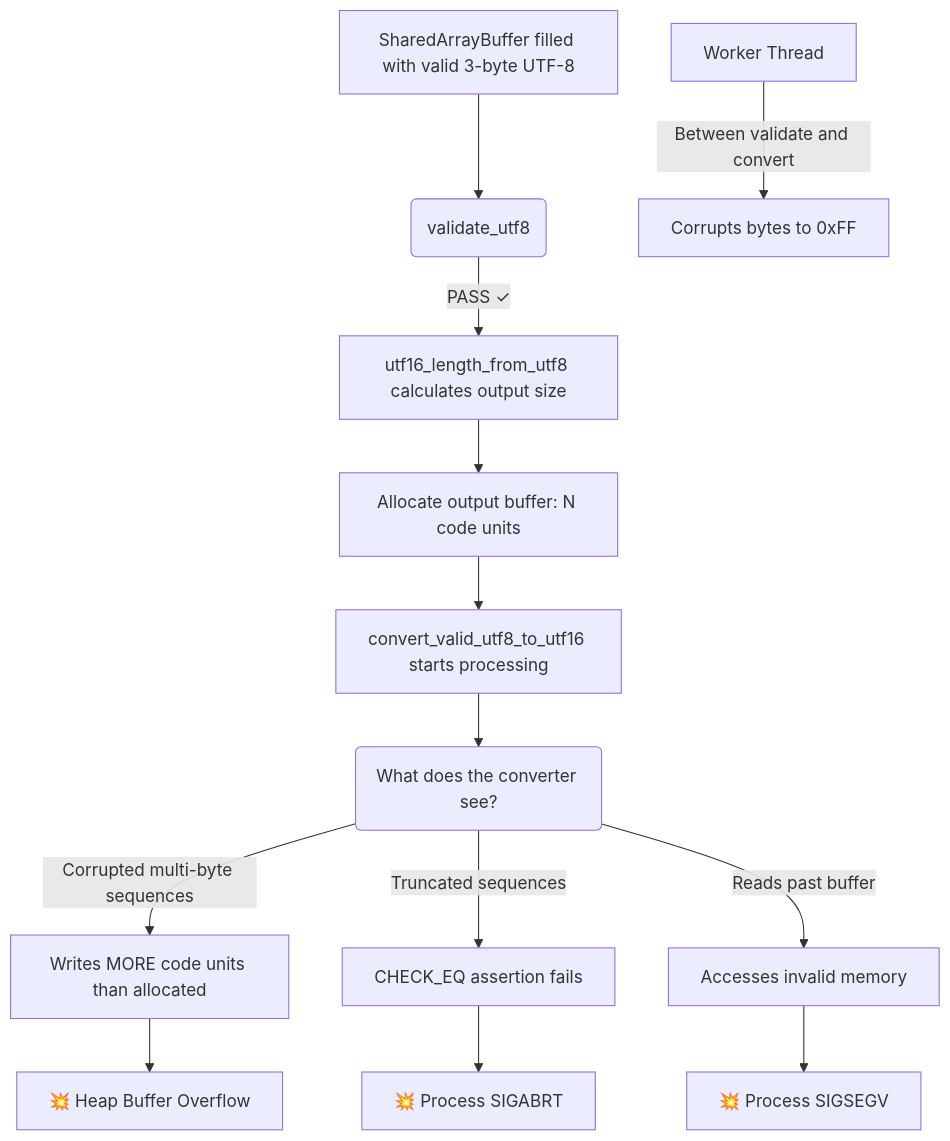
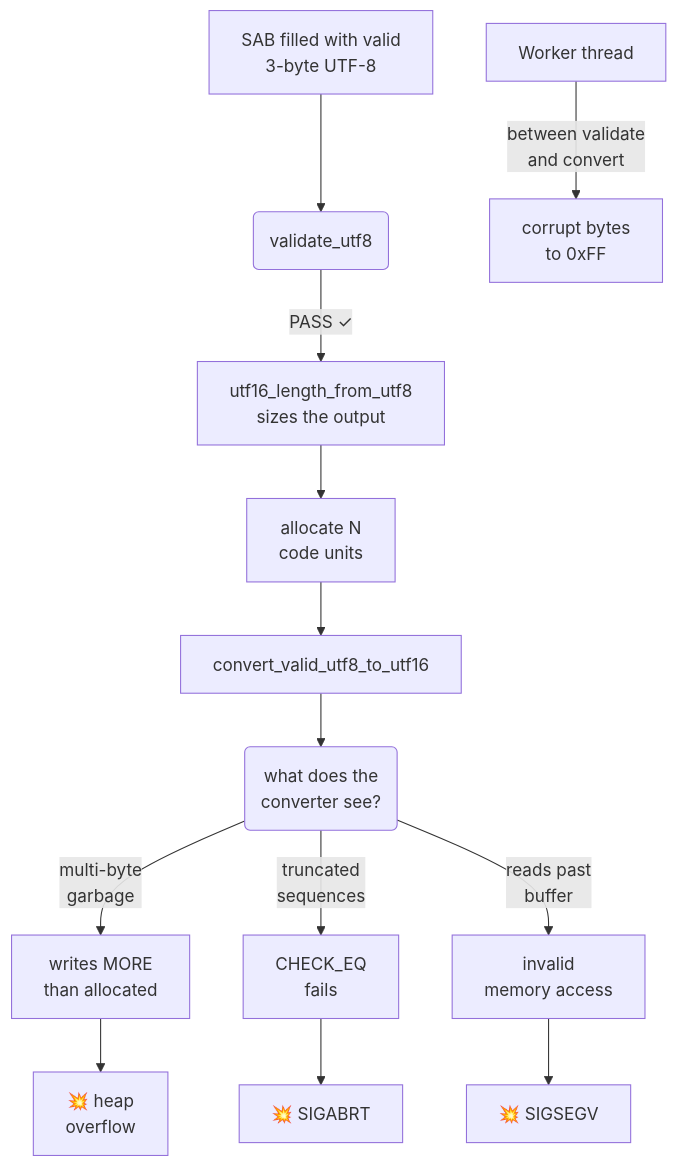
The second of 3 diagrams in src/content/blog/nodejs-sharedarraybuffer-toctou-memory-corruption.md (nithissh7/nithissh7.github.io), drawn with Mermaid before and after one commit. The commit also changed other lines of this file and 6 other files, not shown here.

First line of the commit message:
Compact diagrams that fit inside the reading column

````diff
--- a/src/content/blog/nodejs-sharedarraybuffer-toctou-memory-corruption.md
+++ b/src/content/blog/nodejs-sharedarraybuffer-toctou-memory-corruption.md
@@ -96,17 +96,15 @@
 ```mermaid
 flowchart TD
-    A[SharedArrayBuffer filled with valid 3-byte UTF-8] --> B(validate_utf8)
-    B -->|PASS ✓| C[utf16_length_from_utf8 calculates output size]
-    C --> D[Allocate output buffer: N code units]
-
-    E[Worker Thread] -->|"Between validate and convert"| F[Corrupts bytes to 0xFF]
-
-    D --> G[convert_valid_utf8_to_utf16 starts processing]
-    G --> H(What does the converter see?)
-    H -->|"Corrupted multi-byte sequences"| I[Writes MORE code units than allocated]
-    I --> J[💥 Heap Buffer Overflow]
-    H -->|"Truncated sequences"| K[CHECK_EQ assertion fails]
-    K --> L[💥 Process SIGABRT]
-    H -->|"Reads past buffer"| M[Accesses invalid memory]
-    M --> N[💥 Process SIGSEGV]
+    A["SAB filled with valid<br/>3-byte UTF-8"] --> B(validate_utf8)
+    B -->|PASS ✓| C["utf16_length_from_utf8<br/>sizes the output"]
+    C --> D["allocate N<br/>code units"]
+    E["Worker thread"] -->|"between validate<br/>and convert"| F["corrupt bytes<br/>to 0xFF"]
+    D --> G["convert_valid_utf8_to_utf16"]
+    G --> H("what does the<br/>converter see?")
+    H -->|"multi-byte<br/>garbage"| I["writes MORE<br/>than allocated"]
+    I --> J["💥 heap<br/>overflow"]
+    H -->|"truncated<br/>sequences"| K["CHECK_EQ<br/>fails"]
+    K --> L["💥 SIGABRT"]
+    H -->|"reads past<br/>buffer"| M["invalid<br/>memory access"]
+    M --> N["💥 SIGSEGV"]
 ```
````
